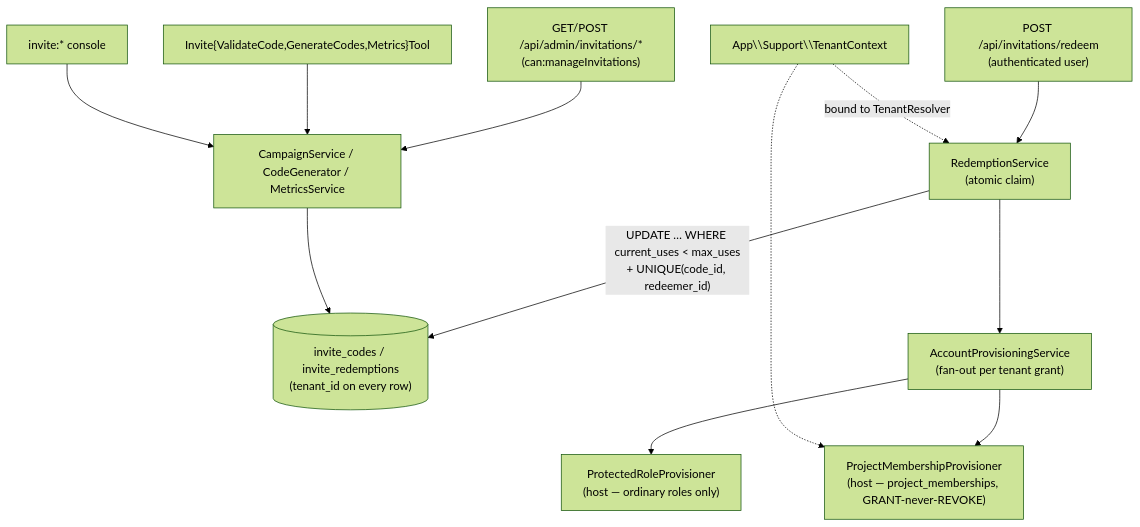
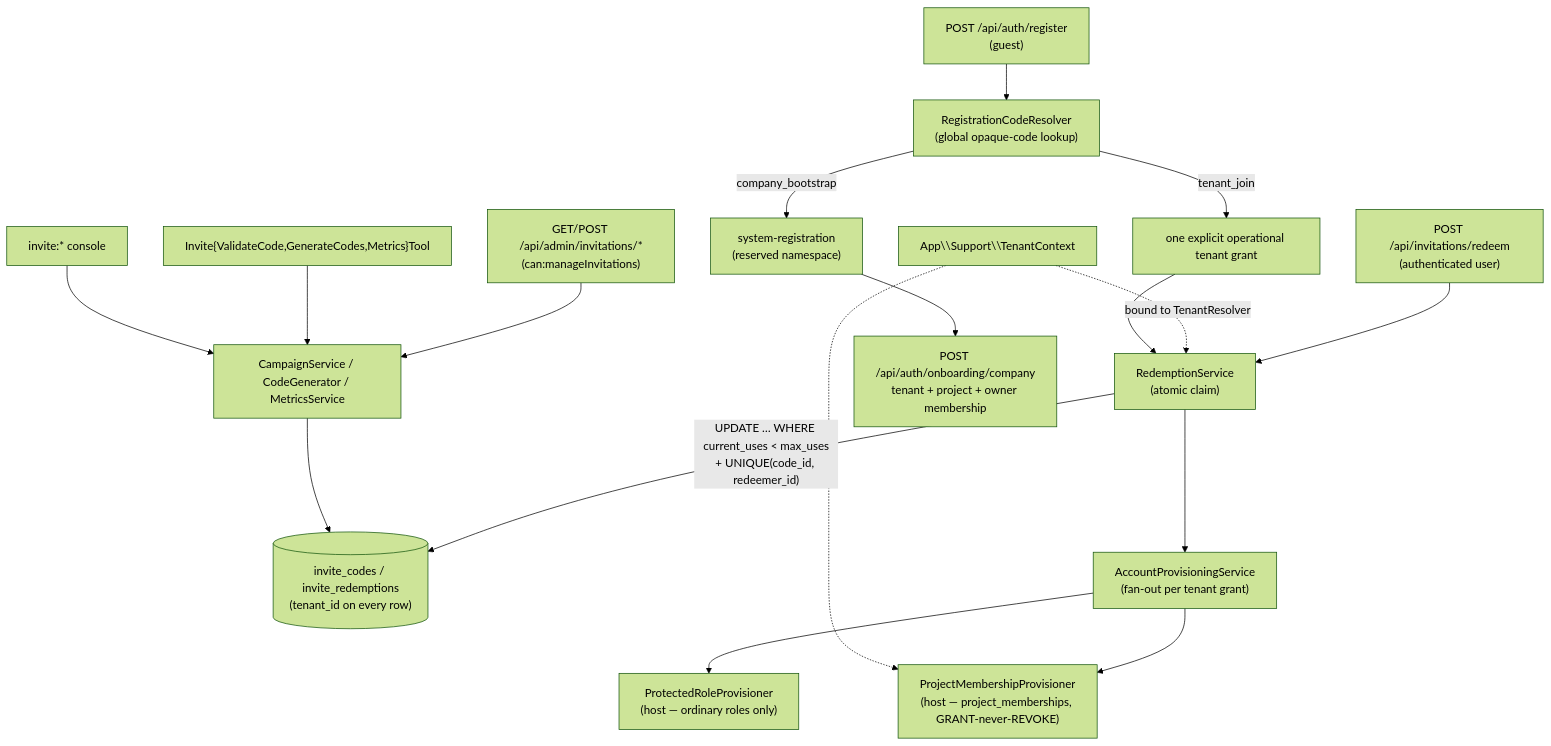
The diagram in docs-site/invitations.mdx (lopadova/AskMyDocs), drawn with Mermaid (forest theme) before and after one commit. The commit also changed other lines of this file and 12 other files, not shown here.

Commit message:
docs(auth): define registration invite onboarding contract

````diff
--- a/docs-site/invitations.mdx
+++ b/docs-site/invitations.mdx
@@ -56,14 +58,19 @@
 ```mermaid
 flowchart TD
     Redeem["POST /api/invitations/redeem<br/>(authenticated user)"] --> RS["RedemptionService<br/>(atomic claim)"]
     RS -->|"UPDATE … WHERE current_uses < max_uses<br/>+ UNIQUE(code_id, redeemer_id)"| DB[("invite_codes / invite_redemptions<br/>(tenant_id on every row)")]
     RS --> APS["AccountProvisioningService<br/>(fan-out per tenant grant)"]
     APS --> P1["ProtectedRoleProvisioner<br/>(host — ordinary roles only)"]
     APS --> P2["ProjectMembershipProvisioner<br/>(host — project_memberships, GRANT-never-REVOKE)"]
     TR["App\\Support\\TenantContext"] -.->|"bound to TenantResolver"| RS
     TR -.-> P2
     Admin["GET/POST /api/admin/invitations/*<br/>(can:manageInvitations)"] --> Core["CampaignService / CodeGenerator / MetricsService"]
     MCP["Invite{ValidateCode,GenerateCodes,Metrics}Tool"] --> Core
     CLI["invite:* console"] --> Core
     Core --> DB
+    Guest["POST /api/auth/register<br/>(guest)"] --> Resolver["RegistrationCodeResolver<br/>(global opaque-code lookup)"]
+    Resolver -->|"company_bootstrap"| System["system-registration<br/>(reserved namespace)"]
+    Resolver -->|"tenant_join"| Grant["one explicit operational tenant grant"]
+    System --> Onboarding["POST /api/auth/onboarding/company<br/>tenant + project + owner membership"]
+    Grant --> RS
 ```
````
